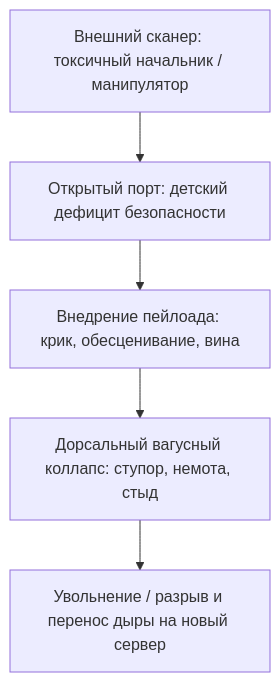
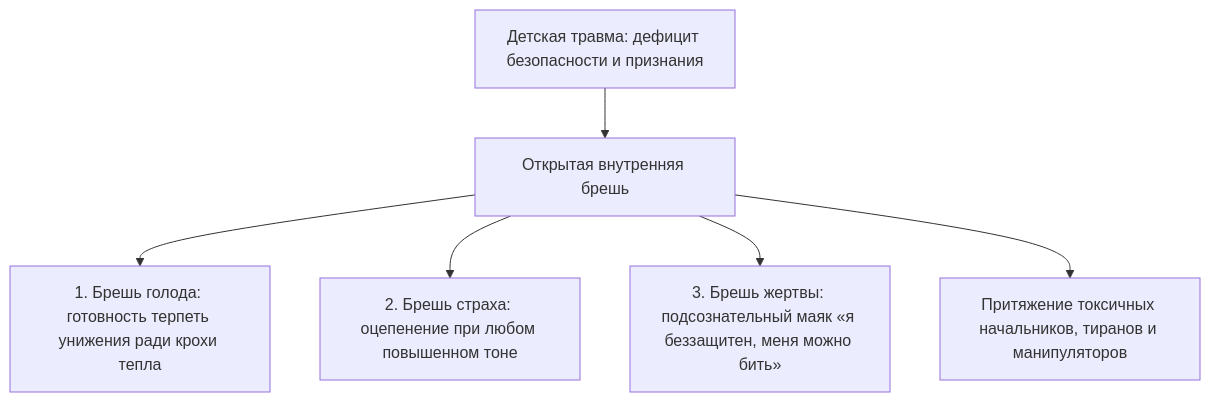
Before and after one commit to GTFB/threebooks: the diagram in root/27-open-port-principle/ru.mdx, drawn with Mermaid. The commit also changed other lines of this file and 40 other files, not shown here.

````diff
--- a/root/27-open-port-principle/ru.mdx
+++ b/root/27-open-port-principle/ru.mdx
@@ -30,7 +104,8 @@
 ```mermaid
-flowchart TB
-  Scanner["Внешний сканер: токсичный начальник / манипулятор"] --> Port["Открытый порт: детский дефицит безопасности"]
-  Port --> Exploit["Внедрение пейлоада: крик, обесценивание, вина"]
-  Exploit --> Shutdown["Дорсальный вагусный коллапс: ступор, немота, стыд"]
-  Shutdown --> Escape["Увольнение / разрыв и перенос дыры на новый сервер"]
+flowchart TD
+  Deficit["Детская травма: дефицит безопасности и признания"] --> OpenPort["Открытая внутренняя брешь"]
+  OpenPort --> Port1["1. Брешь голода: готовность терпеть унижения ради крохи тепла"]
+  OpenPort --> Port2["2. Брешь страха: оцепенение при любом повышенном тоне"]
+  OpenPort --> Port3["3. Брешь жертвы: подсознательный маяк «я беззащитен, меня можно бить»"]
+  OpenPort --> Aggressor["Притяжение токсичных начальников, тиранов и манипуляторов"]
 ```
````
